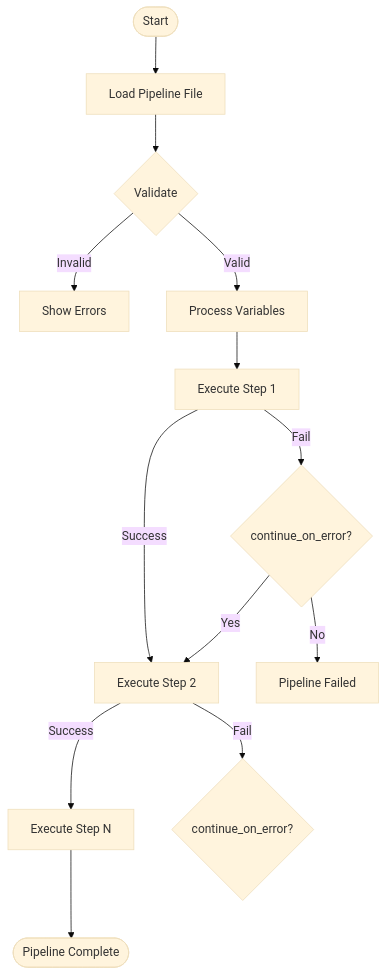
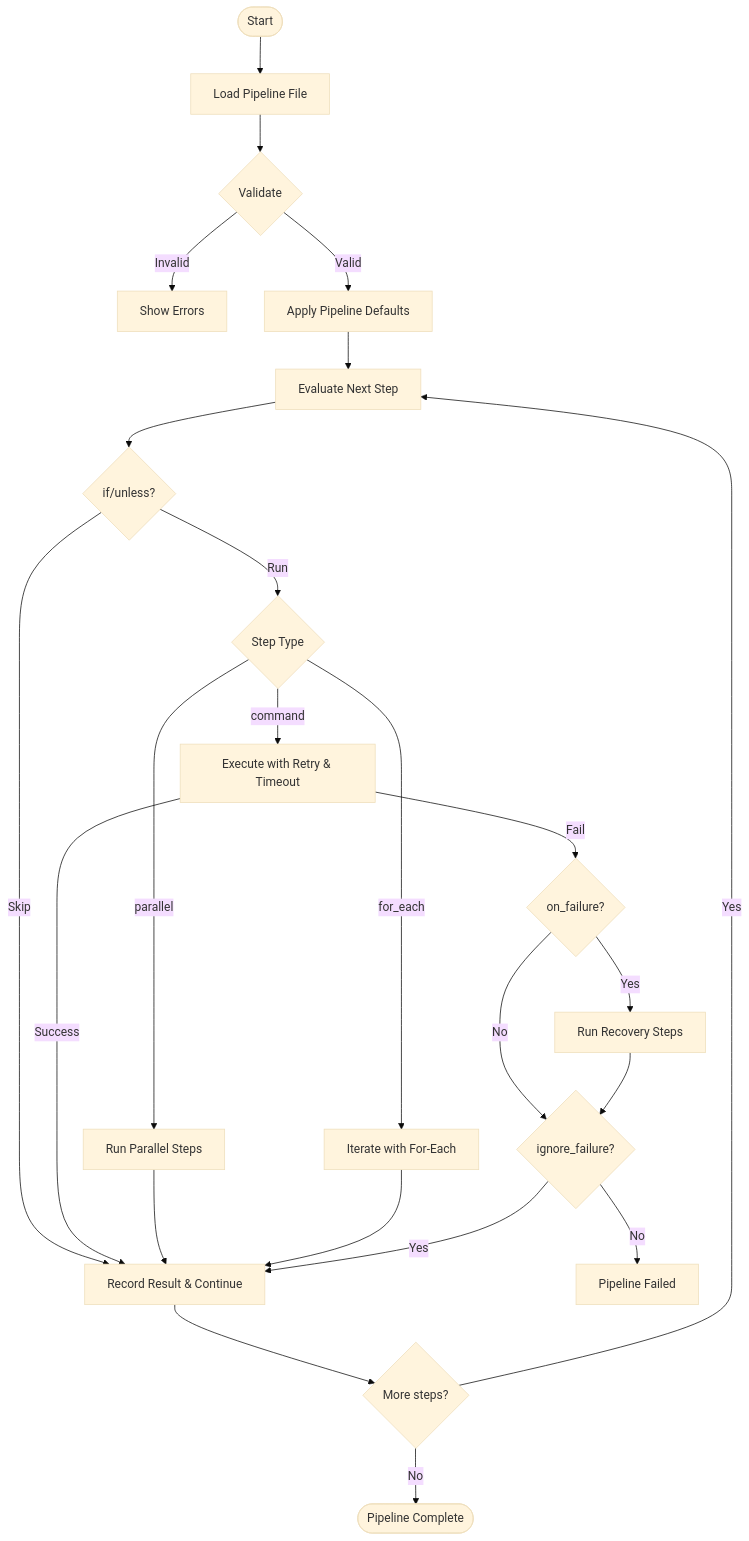
Before and after one commit to dmytro-yemelianov/raps: the fourth of 6 diagrams in docs/features.md, drawn with Mermaid (base theme). The commit also changed other lines of this file, not shown here.

Commit message:
docs: update pipeline documentation for v2 features

````diff
--- a/docs/features.md
+++ b/docs/features.md
@@ -296,15 +296,26 @@
 ```mermaid
 flowchart TD
     Start([Start]) --> Load[Load Pipeline File]
     Load --> Validate{Validate}
     Validate -->|Invalid| Error[Show Errors]
-    Validate -->|Valid| Variables[Process Variables]
-    Variables --> Step1[Execute Step 1]
-    Step1 -->|Success| Step2[Execute Step 2]
-    Step1 -->|Fail| Check1{continue_on_error?}
-    Check1 -->|Yes| Step2
-    Check1 -->|No| Fail[Pipeline Failed]
-    Step2 -->|Success| StepN[Execute Step N]
-    Step2 -->|Fail| Check2{continue_on_error?}
-    StepN --> Complete([Pipeline Complete])
+    Validate -->|Valid| Defaults[Apply Pipeline Defaults]
+    Defaults --> Step[Evaluate Next Step]
+    Step --> Cond{if/unless?}
+    Cond -->|Skip| Record[Record Result & Continue]
+    Cond -->|Run| Type{Step Type}
+    Type -->|command| Retry[Execute with Retry & Timeout]
+    Type -->|parallel| Par[Run Parallel Steps]
+    Type -->|for_each| ForEach[Iterate with For-Each]
+    Retry -->|Success| Record
+    Retry -->|Fail| OnFail{on_failure?}
+    OnFail -->|Yes| Recovery[Run Recovery Steps]
+    OnFail -->|No| Check{ignore_failure?}
+    Recovery --> Check
+    Par --> Record
+    ForEach --> Record
+    Check -->|Yes| Record
+    Check -->|No| Fail[Pipeline Failed]
+    Record --> More{More steps?}
+    More -->|Yes| Step
+    More -->|No| Complete([Pipeline Complete])
 ```
````
